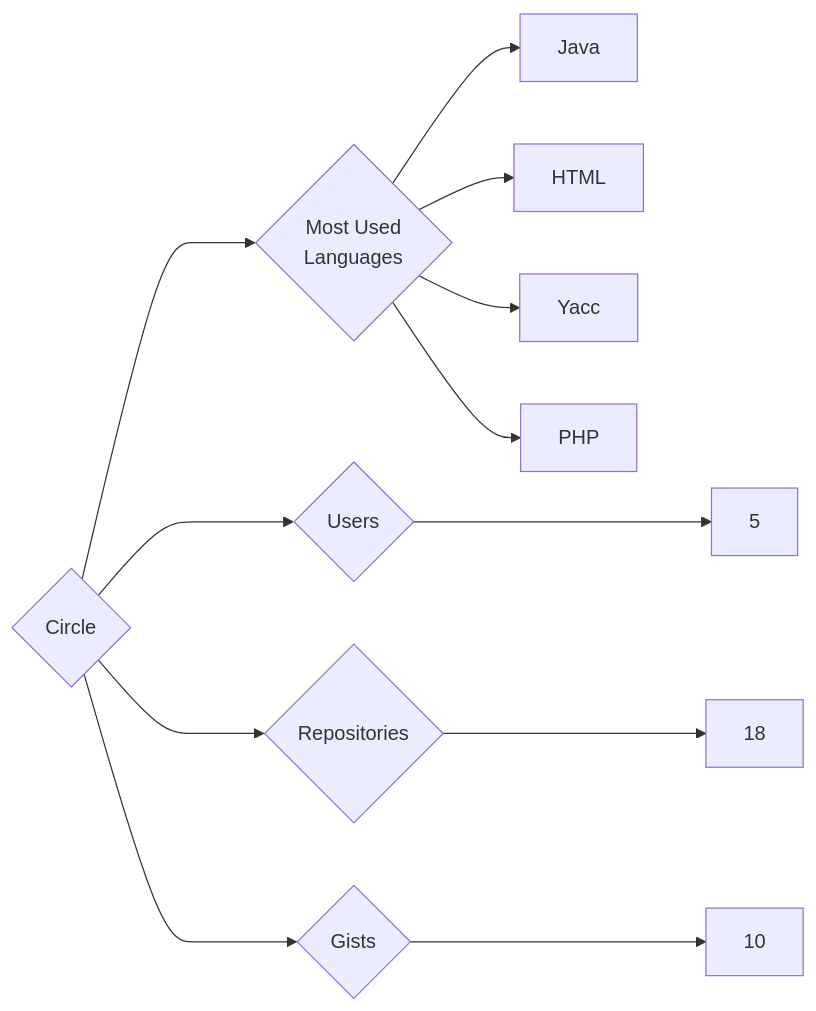
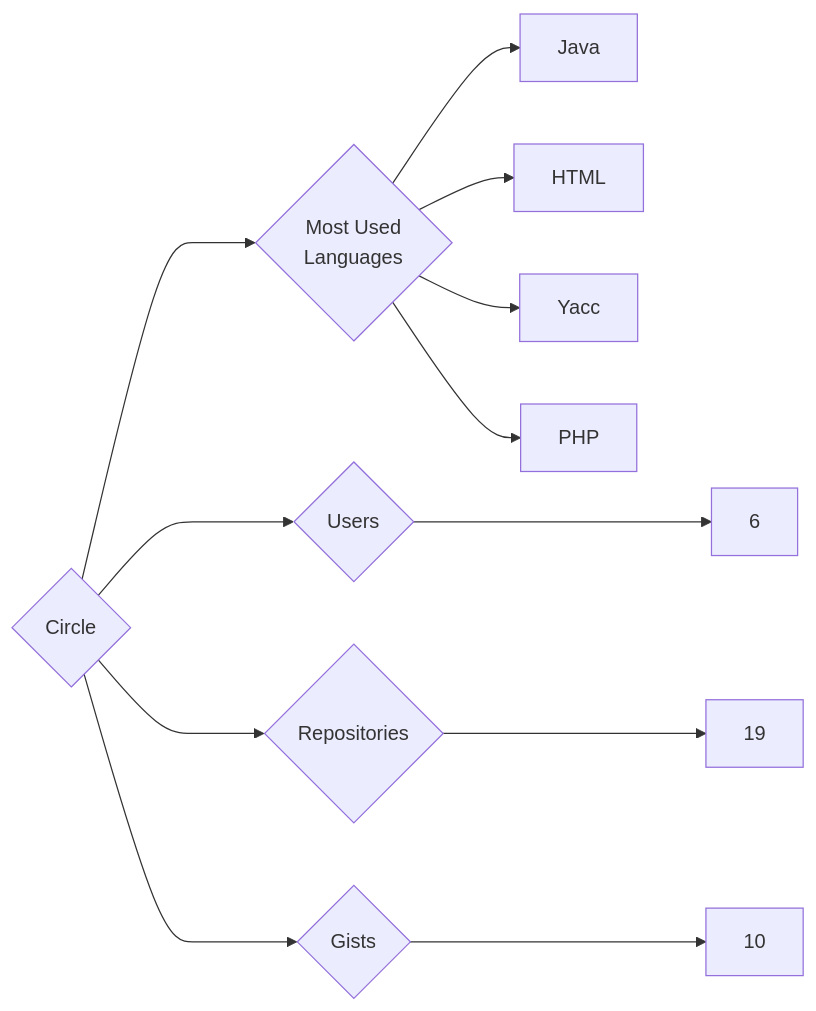
Before and after one commit to trickest/insiders: the diagram in targets/Circle/README.md, drawn with Mermaid. The commit also changed 1055 other files, not shown here.

````diff
--- a/targets/Circle/README.md
+++ b/targets/Circle/README.md
@@ -3,12 +3,12 @@
 ```mermaid
 graph LR
 COMPANY_NAME{Circle}
-COMPANY_NAME ---> U{Users} ---> UN[5]
-COMPANY_NAME ---> R{Repositories} ---> RN[18]
+COMPANY_NAME ---> U{Users} ---> UN[6]
+COMPANY_NAME ---> R{Repositories} ---> RN[19]
 COMPANY_NAME ---> G{Gists} ---> GN[10]
 COMPANY_NAME ---> ML{Most Used<br>Languages}
 ML --> Java[Java]
 ML --> HTML[HTML]
 ML --> Yacc[Yacc]
 ML --> PHP[PHP]
 ```
````
